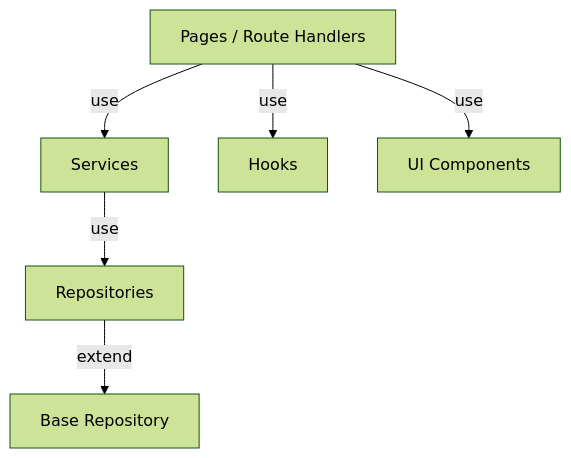
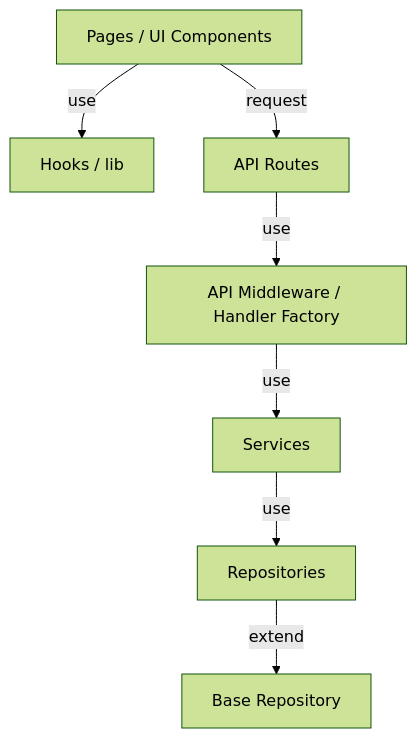
The diagram in CODEBASE.md (Schnee09/BHEDU), drawn with Mermaid (forest theme) before and after one commit. The commit also changed other lines of this file and 60 other files, not shown here.

First line of the commit message:
feat: implement specialized API routes for Student/Teacher management and core system polishing

````diff
--- a/CODEBASE.md
+++ b/CODEBASE.md
@@ -9,8 +9,9 @@
 ```mermaid
 graph TD
-  A[Pages / Route Handlers] -->|use| B[Services]
-  B -->|use| C[Repositories]
-  C -->|extend| D[Base Repository]
-  A -->|use| E[Hooks]
-  A -->|use| F[UI Components]
+  A[Pages / UI Components] -->|use| B[Hooks / lib]
+  A -->|request| C[API Routes]
+  C -->|use| D[API Middleware / Handler Factory]
+  D -->|use| E[Services]
+  E -->|use| F[Repositories]
+  F -->|extend| G[Base Repository]
 ```
````
